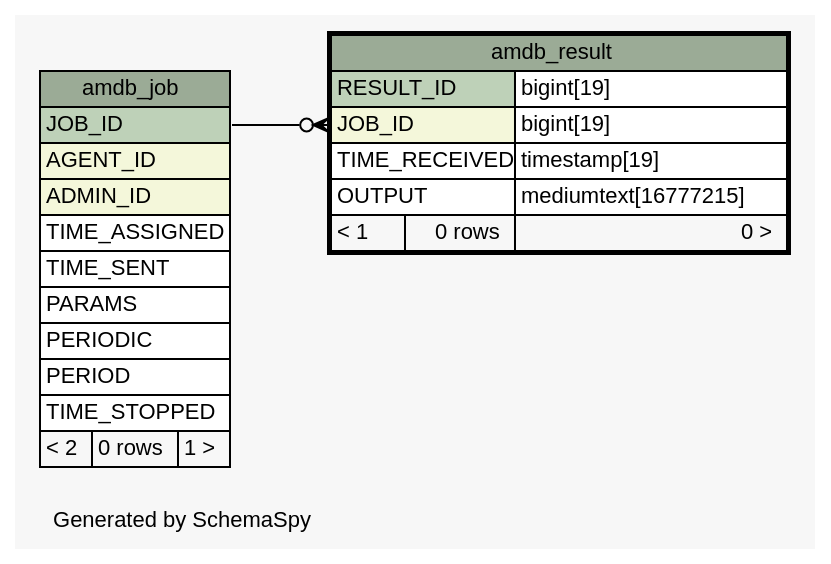
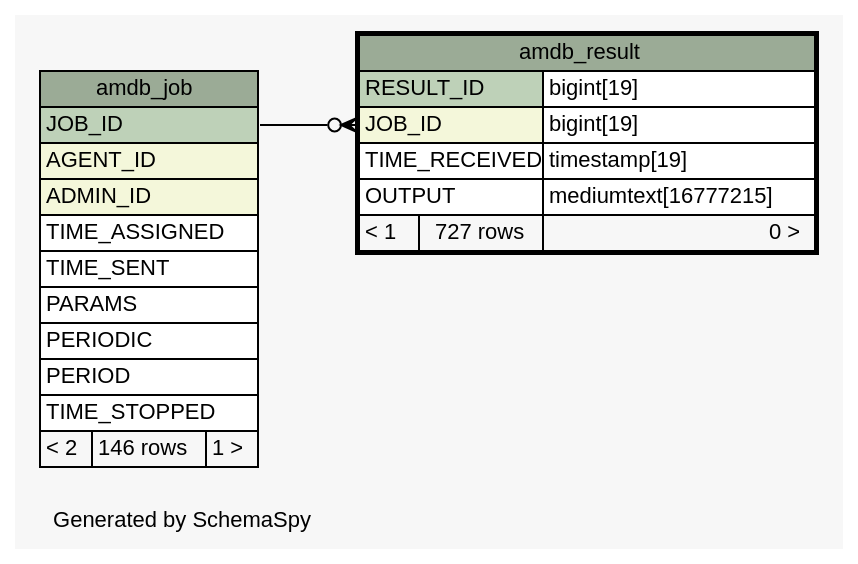
Before and after one commit to yannikab/k23b_ac: the diagram in am/doc/schemaspy/diagrams/amdb_result.1degree.dot, drawn with Graphviz. The commit also changed 46 other files, not shown here.

Commit message:
Database schema changes for Aggregator Manager.

```diff
--- a/am/doc/schemaspy/diagrams/amdb_result.1degree.dot
+++ b/am/doc/schemaspy/diagrams/amdb_result.1degree.dot
@@ -1,54 +1,54 @@
 // dot 2.38.0 on Linux 4.0.5-gentoo
 // SchemaSpy rev 590
 digraph "oneDegreeRelationshipsDiagram" {
   graph [
     rankdir="RL"
     bgcolor="#f7f7f7"
     label="\nGenerated by SchemaSpy"
     labeljust="l"
     nodesep="0.18"
     ranksep="0.46"
     fontname="Helvetica"
     fontsize="11"
   ];
   node [
     fontname="Helvetica"
     fontsize="11"
     shape="plaintext"
   ];
   edge [
     arrowsize="0.8"
   ];
   "amdb_result":"JOB_ID":w -> "amdb_job":"JOB_ID":e [arrowhead=none dir=back arrowtail=crowodot];
   "amdb_job" [
     label=<
     <TABLE BORDER="0" CELLBORDER="1" CELLSPACING="0" BGCOLOR="#ffffff">
       <TR><TD COLSPAN="3" BGCOLOR="#9bab96" ALIGN="CENTER">amdb_job</TD></TR>
       <TR><TD PORT="JOB_ID" COLSPAN="3" BGCOLOR="#bed1b8" ALIGN="LEFT">JOB_ID</TD></TR>
       <TR><TD PORT="AGENT_ID" COLSPAN="3" BGCOLOR="#f4f7da" ALIGN="LEFT">AGENT_ID</TD></TR>
       <TR><TD PORT="ADMIN_ID" COLSPAN="3" BGCOLOR="#f4f7da" ALIGN="LEFT">ADMIN_ID</TD></TR>
       <TR><TD PORT="TIME_ASSIGNED" COLSPAN="3" ALIGN="LEFT">TIME_ASSIGNED</TD></TR>
       <TR><TD PORT="TIME_SENT" COLSPAN="3" ALIGN="LEFT">TIME_SENT</TD></TR>
       <TR><TD PORT="PARAMS" COLSPAN="3" ALIGN="LEFT">PARAMS</TD></TR>
       <TR><TD PORT="PERIODIC" COLSPAN="3" ALIGN="LEFT">PERIODIC</TD></TR>
       <TR><TD PORT="PERIOD" COLSPAN="3" ALIGN="LEFT">PERIOD</TD></TR>
       <TR><TD PORT="TIME_STOPPED" COLSPAN="3" ALIGN="LEFT">TIME_STOPPED</TD></TR>
-      <TR><TD ALIGN="LEFT" BGCOLOR="#f7f7f7">&lt; 2</TD><TD ALIGN="RIGHT" BGCOLOR="#f7f7f7">0 rows</TD><TD ALIGN="RIGHT" BGCOLOR="#f7f7f7">1 &gt;</TD></TR>
+      <TR><TD ALIGN="LEFT" BGCOLOR="#f7f7f7">&lt; 2</TD><TD ALIGN="RIGHT" BGCOLOR="#f7f7f7">146 rows</TD><TD ALIGN="RIGHT" BGCOLOR="#f7f7f7">1 &gt;</TD></TR>
     </TABLE>>
     URL="amdb_job.html"
     tooltip="amdb_job"
   ];
   "amdb_result" [
     label=<
     <TABLE BORDER="2" CELLBORDER="1" CELLSPACING="0" BGCOLOR="#ffffff">
       <TR><TD COLSPAN="3" BGCOLOR="#9bab96" ALIGN="CENTER">amdb_result</TD></TR>
       <TR><TD PORT="RESULT_ID" COLSPAN="2" BGCOLOR="#bed1b8" ALIGN="LEFT">RESULT_ID</TD><TD PORT="RESULT_ID.type" ALIGN="LEFT">bigint[19]</TD></TR>
       <TR><TD PORT="JOB_ID" COLSPAN="2" BGCOLOR="#f4f7da" ALIGN="LEFT">JOB_ID</TD><TD PORT="JOB_ID.type" ALIGN="LEFT">bigint[19]</TD></TR>
       <TR><TD PORT="TIME_RECEIVED" COLSPAN="2" ALIGN="LEFT">TIME_RECEIVED</TD><TD PORT="TIME_RECEIVED.type" ALIGN="LEFT">timestamp[19]</TD></TR>
       <TR><TD PORT="OUTPUT" COLSPAN="2" ALIGN="LEFT">OUTPUT</TD><TD PORT="OUTPUT.type" ALIGN="LEFT">mediumtext[16777215]</TD></TR>
-      <TR><TD ALIGN="LEFT" BGCOLOR="#f7f7f7">&lt; 1</TD><TD ALIGN="RIGHT" BGCOLOR="#f7f7f7">0 rows</TD><TD ALIGN="RIGHT" BGCOLOR="#f7f7f7">0 &gt;</TD></TR>
+      <TR><TD ALIGN="LEFT" BGCOLOR="#f7f7f7">&lt; 1</TD><TD ALIGN="RIGHT" BGCOLOR="#f7f7f7">727 rows</TD><TD ALIGN="RIGHT" BGCOLOR="#f7f7f7">0 &gt;</TD></TR>
     </TABLE>>
     URL="amdb_result.html"
     tooltip="amdb_result"
   ];
 }
```
